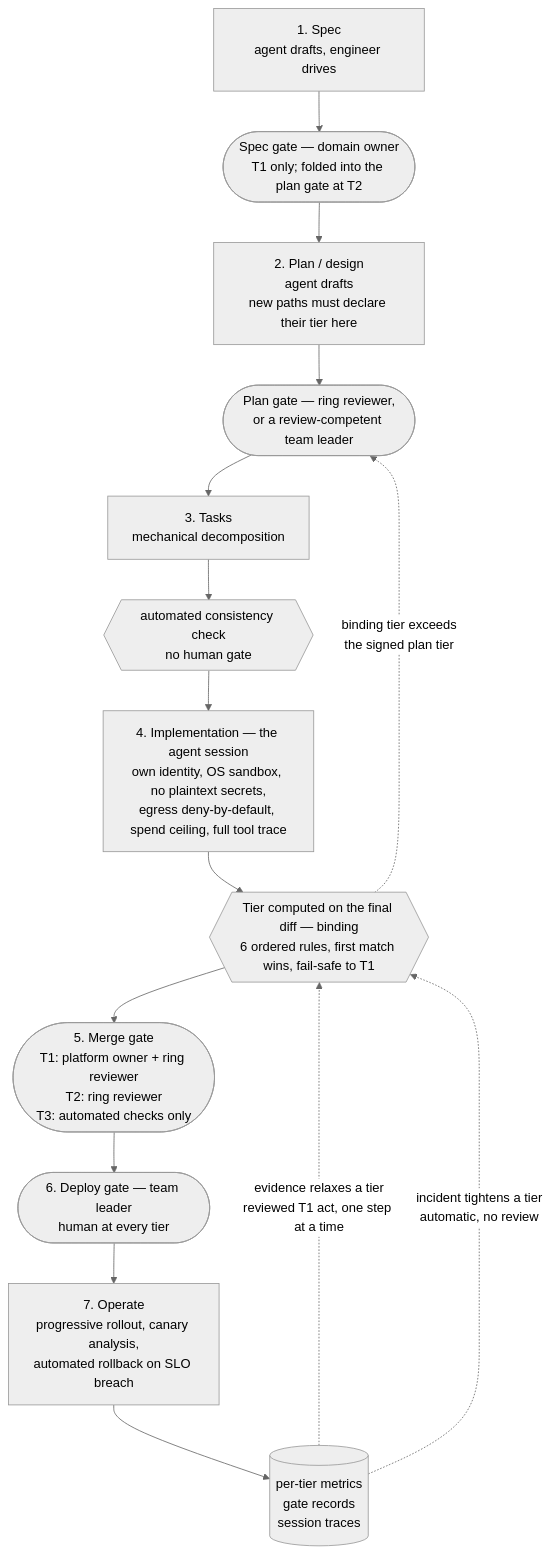
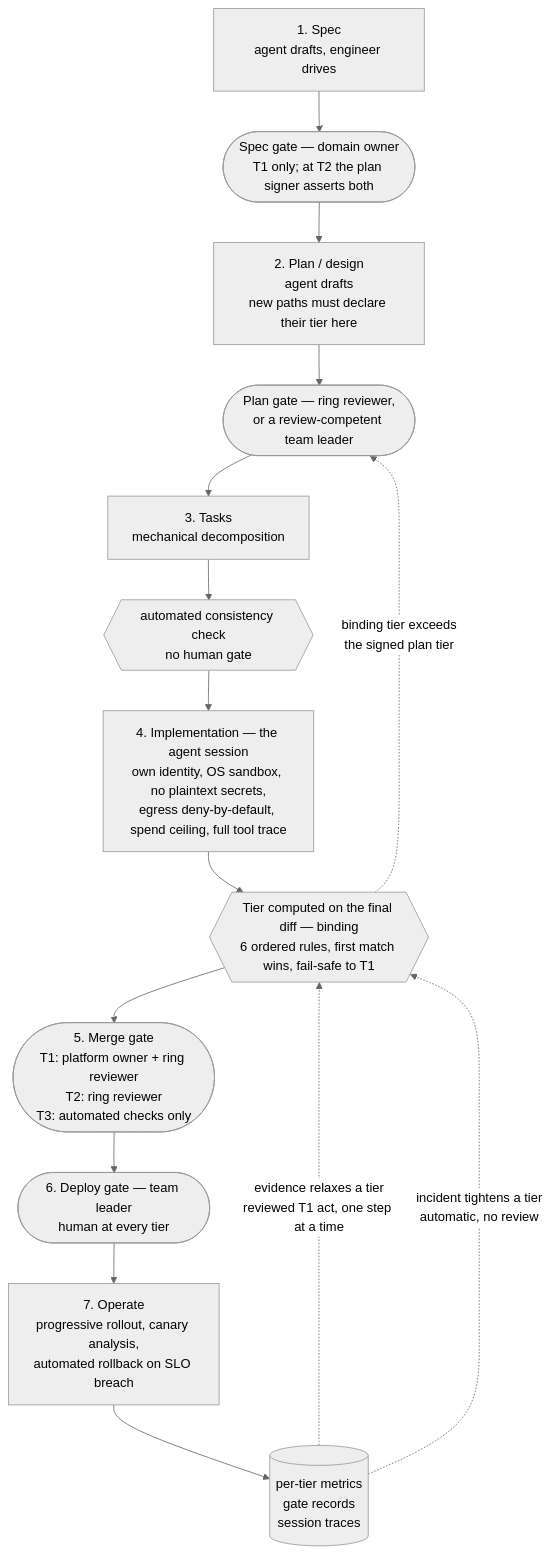
The diagram in asdlc/README.md (dulguun0225/asdlc), drawn with Mermaid (neutral theme) before and after one commit. The commit also changed 8 other files, not shown here.

````diff
--- a/asdlc/README.md
+++ b/asdlc/README.md
@@ -40,21 +40,21 @@
 ```mermaid
 flowchart TD
     SPEC["1. Spec<br/>agent drafts, engineer drives"]
-    SG(["Spec gate — domain owner<br/>T1 only; folded into the plan gate at T2"])
+    SG(["Spec gate — domain owner<br/>T1 only; at T2 the plan signer asserts both"])
     PLAN["2. Plan / design<br/>agent drafts<br/>new paths must declare their tier here"]
     PG(["Plan gate — ring reviewer,<br/>or a review-competent team leader"])
     TASKS["3. Tasks<br/>mechanical decomposition"]
     TC{{"automated consistency check<br/>no human gate"}}
     IMPL["4. Implementation — the agent session<br/>own identity, OS sandbox, no plaintext secrets,<br/>egress deny-by-default, spend ceiling, full tool trace"]
     TIER{{"Tier computed on the final diff — binding<br/>6 ordered rules, first match wins, fail-safe to T1"}}
     MG(["5. Merge gate<br/>T1: platform owner + ring reviewer<br/>T2: ring reviewer<br/>T3: automated checks only"])
     DG(["6. Deploy gate — team leader<br/>human at every tier"])
     OPS["7. Operate<br/>progressive rollout, canary analysis,<br/>automated rollback on SLO breach"]
     METRICS[("per-tier metrics<br/>gate records<br/>session traces")]
 
     SPEC --> SG --> PLAN --> PG --> TASKS --> TC --> IMPL
     IMPL --> TIER --> MG --> DG --> OPS --> METRICS
     TIER -.->|"binding tier exceeds<br/>the signed plan tier"| PG
     METRICS -.->|"evidence relaxes a tier<br/>reviewed T1 act, one step at a time"| TIER
     METRICS -.->|"incident tightens a tier<br/>automatic, no review"| TIER
 ```
````
